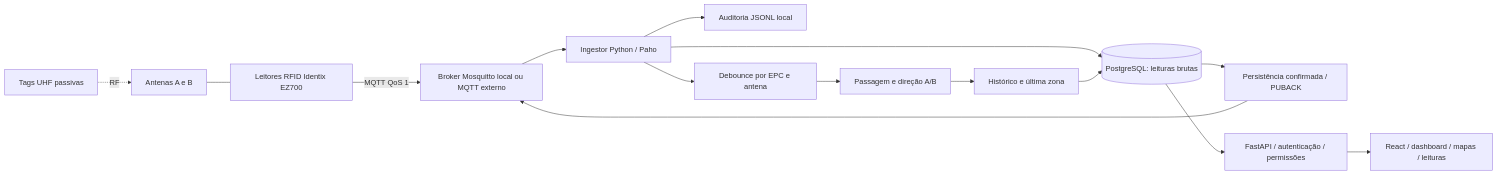
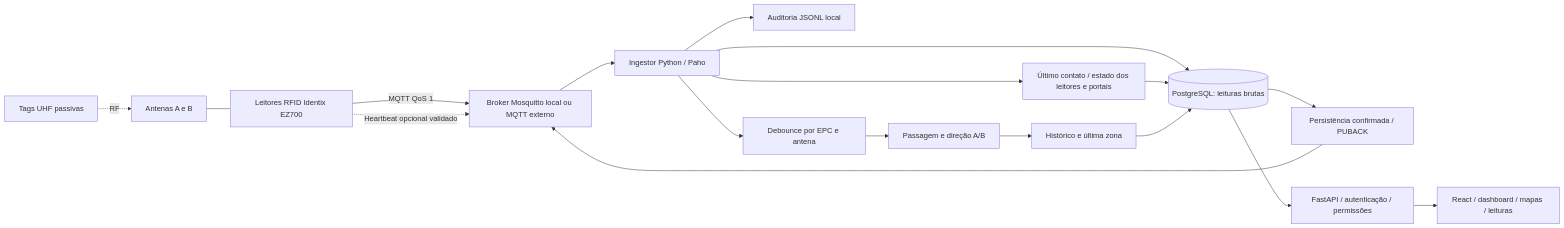
Before and after one commit to OtavioBrandao/rastreamento-rfid-hupaa: the first of 2 diagrams in README.md, drawn with Mermaid. The commit also changed other lines of this file and 55 other files, not shown here.

````diff
--- a/README.md
+++ b/README.md
@@ -135,17 +135,20 @@
 ```mermaid
 flowchart LR
     TAG[Tags UHF passivas] -. RF .-> ANT[Antenas A e B]
     ANT --- READER[Leitores RFID Identix EZ700]
     READER -->|MQTT QoS 1| BROKER[Broker Mosquitto local ou MQTT externo]
     BROKER --> ING[Ingestor Python / Paho]
     ING --> RAW[(PostgreSQL: leituras brutas)]
+    READER -. Heartbeat opcional validado .-> BROKER
+    ING --> STATUS[Último contato / estado dos leitores e portais]
+    STATUS --> RAW
     ING --> LOG[Auditoria JSONL local]
     RAW --> ACK[Persistência confirmada / PUBACK]
     ACK --> BROKER
     ING --> DEB[Debounce por EPC e antena]
     DEB --> PASS[Passagem e direção A/B]
     PASS --> LOC[Histórico e última zona]
     LOC --> RAW
     RAW --> API[FastAPI / autenticação / permissões]
     API --> UI[React / dashboard / mapas / leituras]
 ```
````
